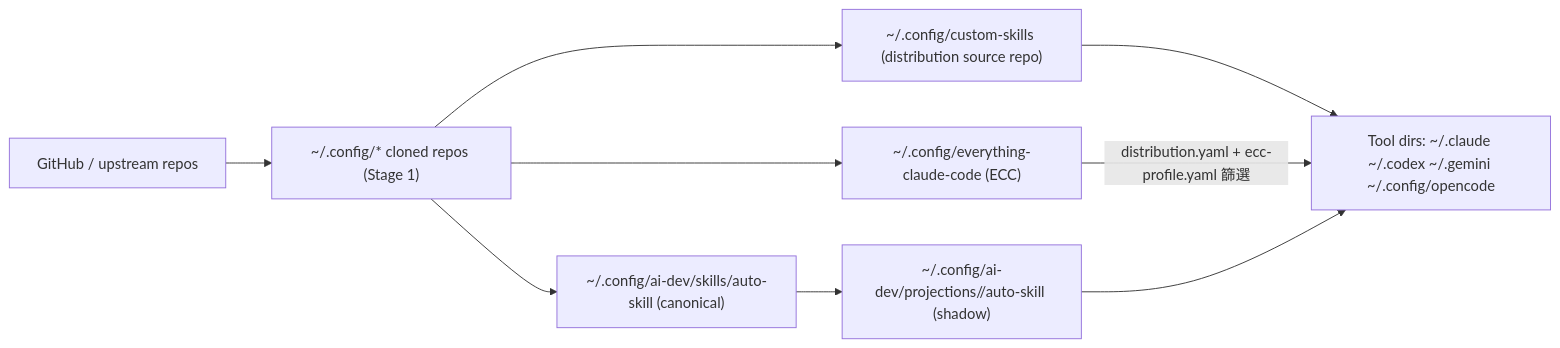
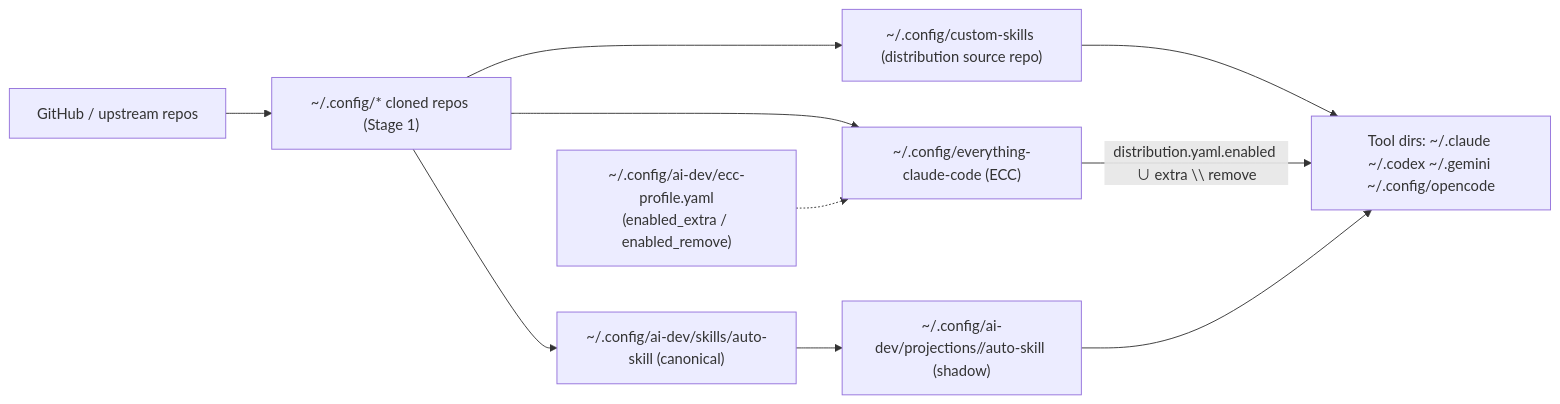
Before and after one commit to ValorVie/custom-skills: the first of 2 diagrams in docs/ai-dev指令與資料流參考.md, drawn with Mermaid. The commit also changed other lines of this file and 12 other files, not shown here.

````diff
--- a/docs/ai-dev指令與資料流參考.md
+++ b/docs/ai-dev指令與資料流參考.md
@@ -69,11 +70,12 @@
 ```mermaid
 flowchart LR
     A["GitHub / upstream repos"] --> B["~/.config/* cloned repos (Stage 1)"]
     B --> C["~/.config/custom-skills (distribution source repo)"]
     C --> D["Tool dirs: ~/.claude ~/.codex ~/.gemini ~/.config/opencode"]
     B --> G["~/.config/everything-claude-code (ECC)"]
-    G -->|"distribution.yaml + ecc-profile.yaml 篩選"| D
+    H["~/.config/ai-dev/ecc-profile.yaml<br/>(enabled_extra / enabled_remove)"] -.-> G
+    G -->|"distribution.yaml.enabled ∪ extra \\ remove"| D
     B --> E["~/.config/ai-dev/skills/auto-skill (canonical)"]
     E --> F["~/.config/ai-dev/projections/<target>/auto-skill (shadow)"]
     F --> D
 ```
````
